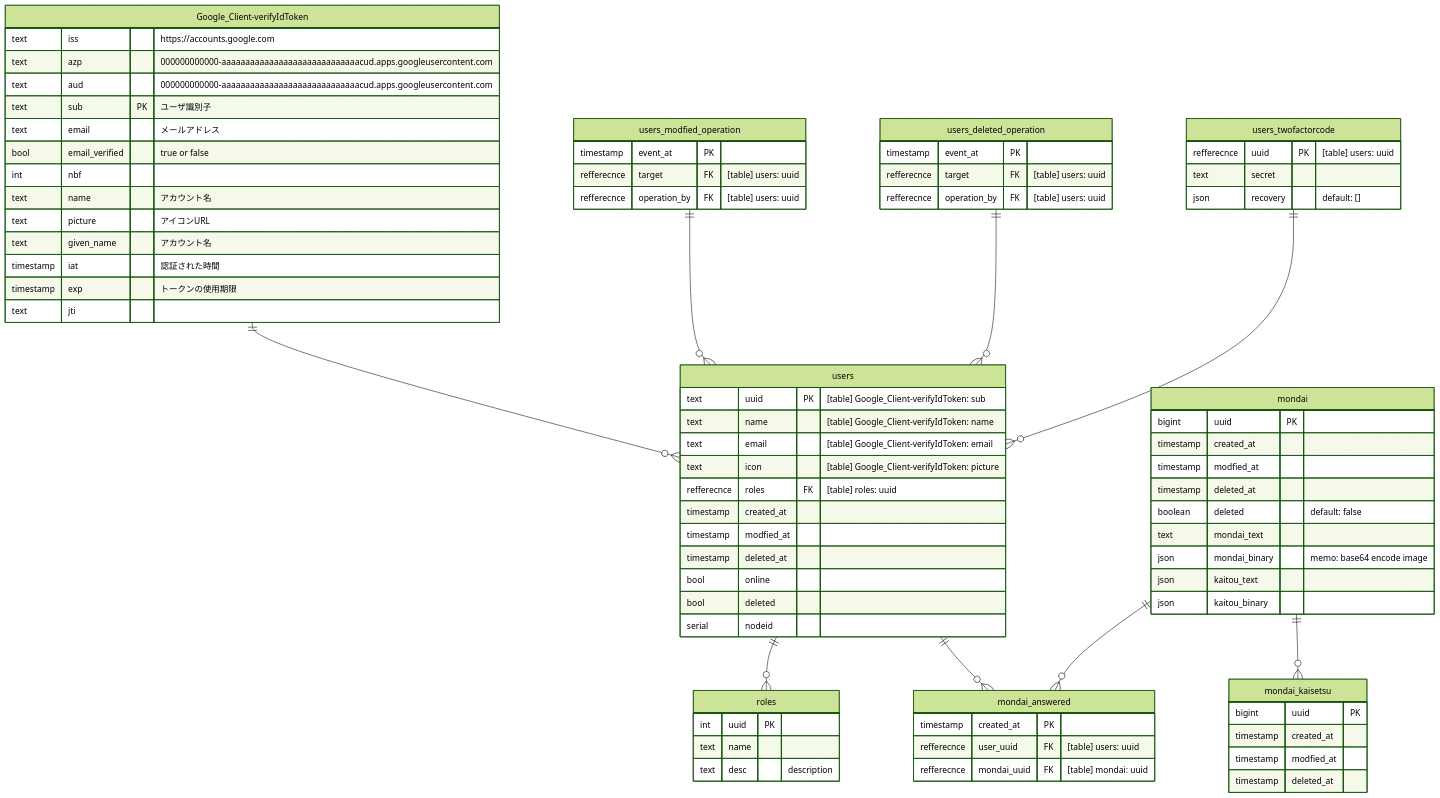
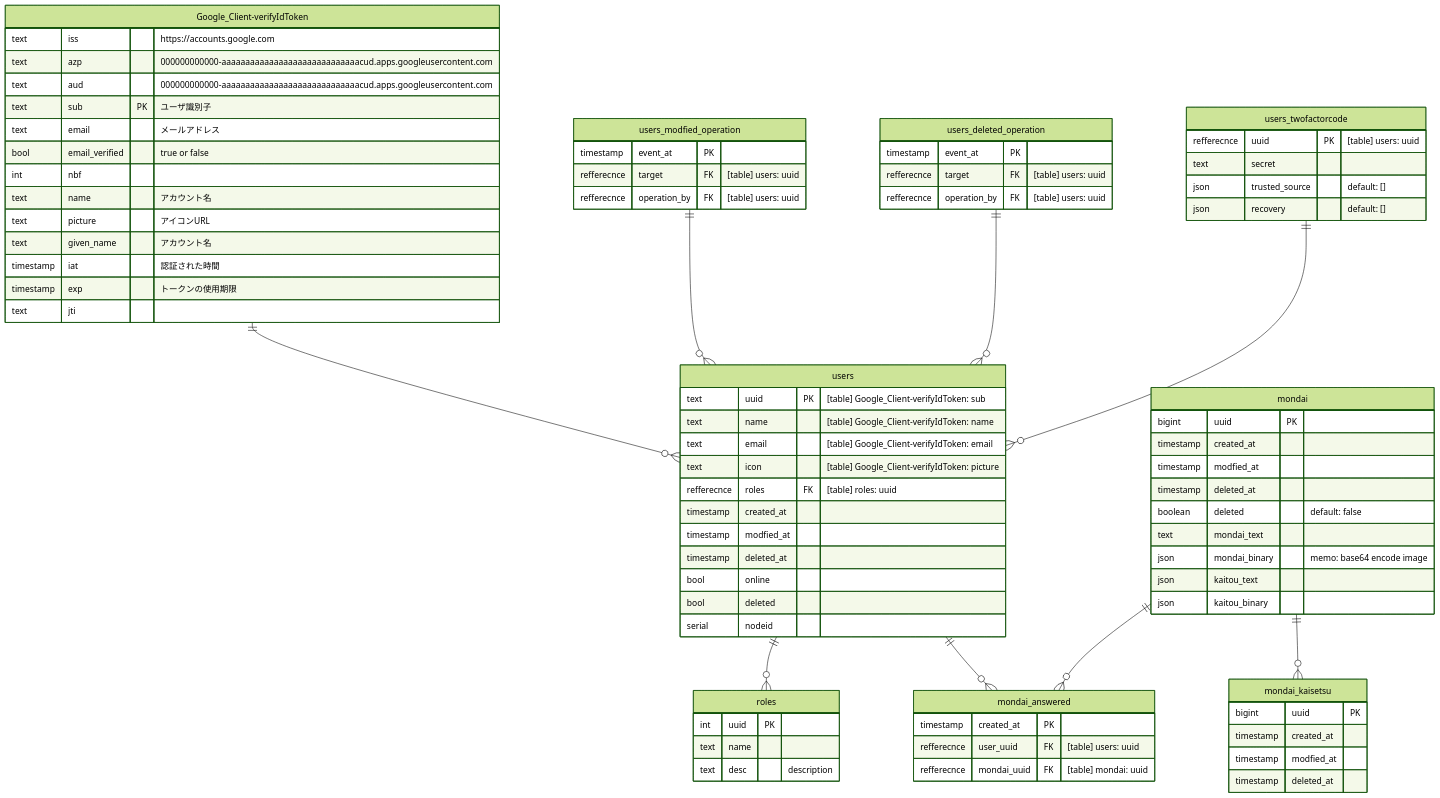
The diagram in README.md (n138-kz/denkou-kakomon-dotcom), drawn with Mermaid (forest theme) before and after one commit.

```diff
--- a/README.md
+++ b/README.md
@@ -85,6 +85,7 @@
 users_twofactorcode {
     refferecnce uuid PK "[table] users: uuid"
     text secret
+    json trusted_source "default: []"
     json recovery "default: []"
 }
 
```
